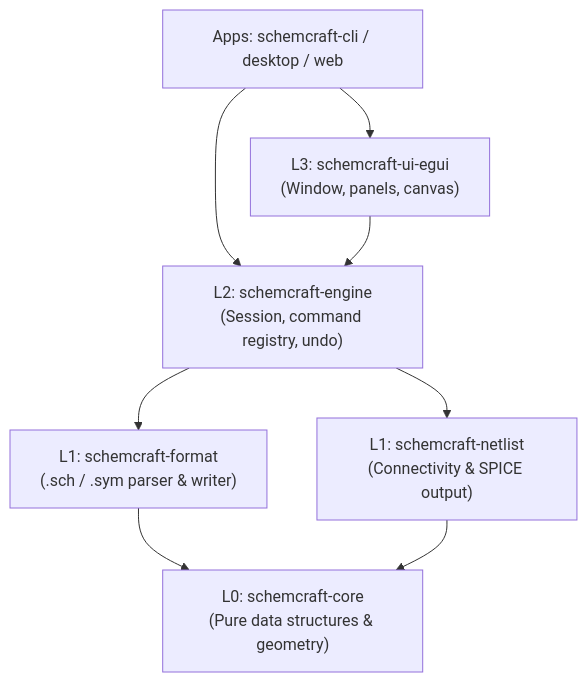
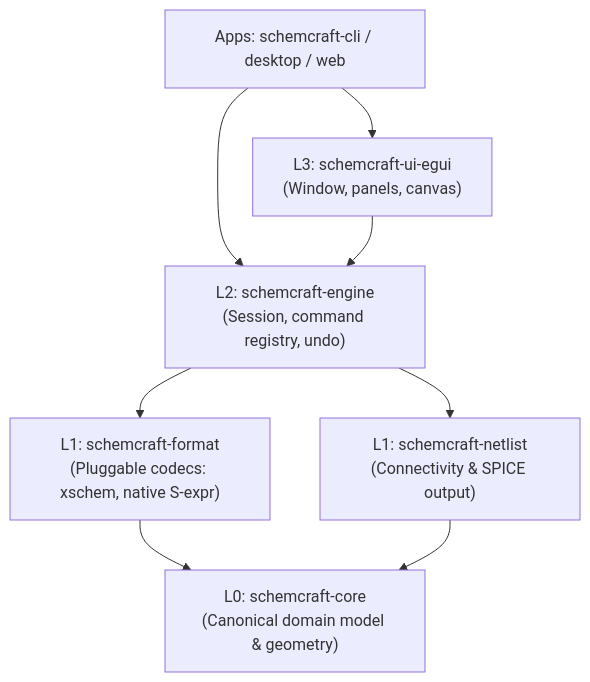
Before and after one commit to lokesh31415/schemcraft: the diagram in docs/02-rust-for-schemcraft/01-workspace-and-crates.md, drawn with Mermaid. The commit also changed other lines of this file and 12 other files, not shown here.

First line of the commit message:
feat(core): define canonical domain model and ADR 0002

````diff
--- a/docs/02-rust-for-schemcraft/01-workspace-and-crates.md
+++ b/docs/02-rust-for-schemcraft/01-workspace-and-crates.md
@@ -35,10 +58,10 @@
 ```mermaid
 flowchart TD
     Apps["Apps: schemcraft-cli / desktop / web"] --> L3["L3: schemcraft-ui-egui<br/>(Window, panels, canvas)"]
     Apps --> L2["L2: schemcraft-engine<br/>(Session, command registry, undo)"]
     L3 --> L2
-    L2 --> L1A["L1: schemcraft-format<br/>(.sch / .sym parser & writer)"]
+    L2 --> L1A["L1: schemcraft-format<br/>(Pluggable codecs: xschem, native S-expr)"]
     L2 --> L1B["L1: schemcraft-netlist<br/>(Connectivity & SPICE output)"]
-    L1A --> L0["L0: schemcraft-core<br/>(Pure data structures & geometry)"]
+    L1A --> L0["L0: schemcraft-core<br/>(Canonical domain model & geometry)"]
     L1B --> L0
 ```
````
